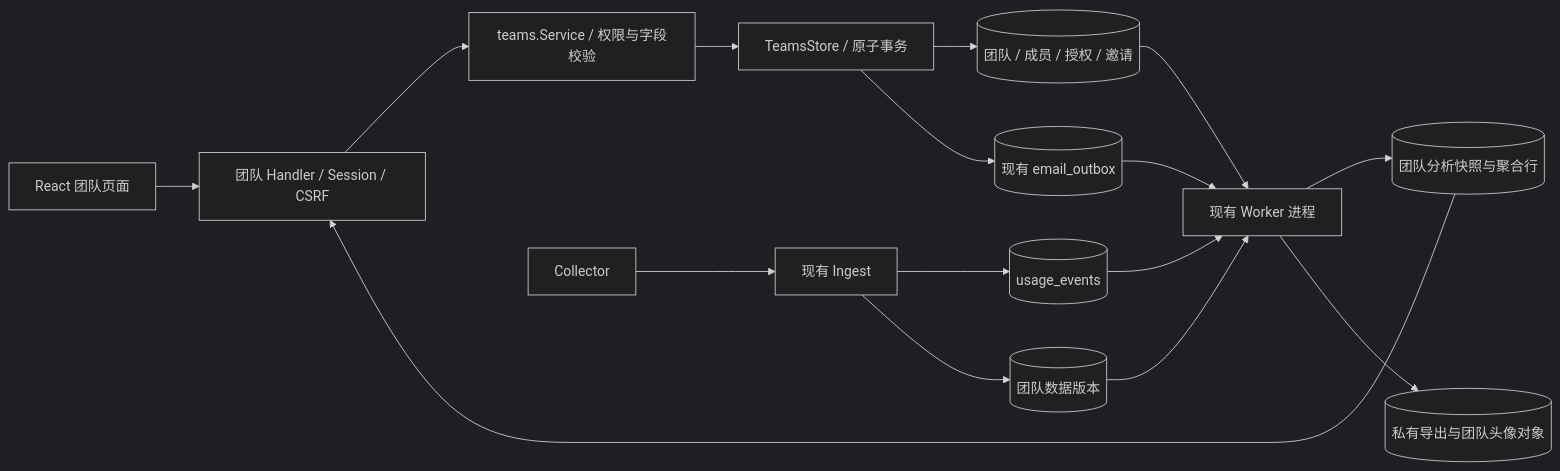
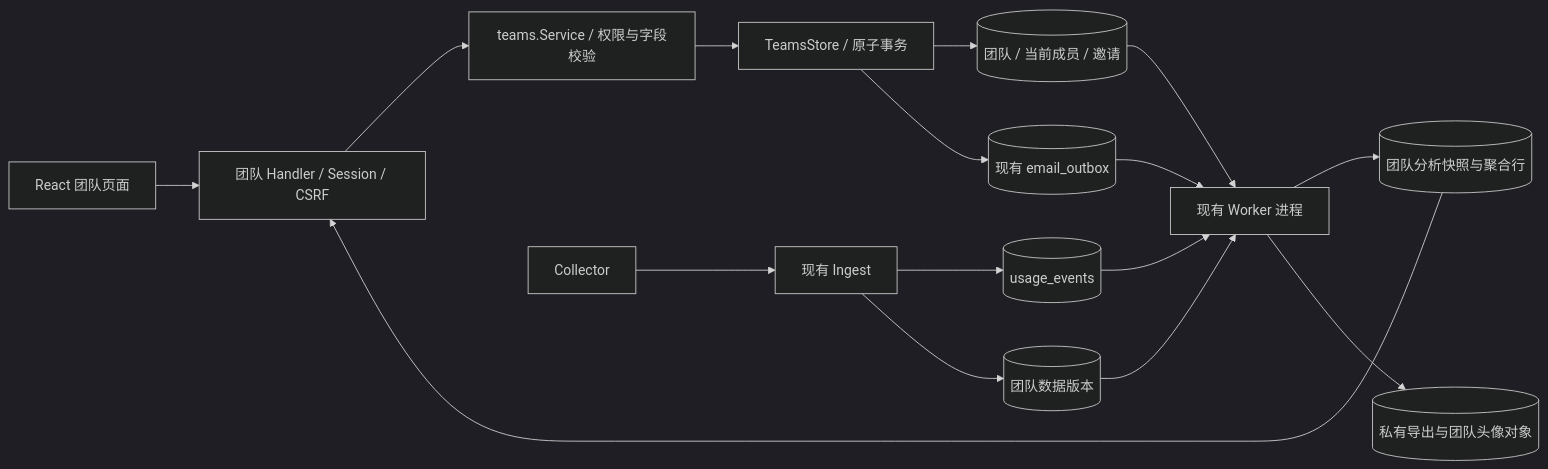
One commit to DarrenHoo-10/token_dance changed the diagram in docs/tokendance-teams-technical-design-v1.md. Above: the diagram before and after it, drawn with Mermaid (dark theme). The commit also changed other lines of this file and 68 other files, not shown here.

````diff
--- a/docs/tokendance-teams-technical-design-v1.md
+++ b/docs/tokendance-teams-technical-design-v1.md
@@ -46,18 +46,18 @@
 ```mermaid
 flowchart LR
     Web[React 团队页面] --> HTTP[团队 Handler / Session / CSRF]
     HTTP --> Service[teams.Service / 权限与字段校验]
     Service --> Store[TeamsStore / 原子事务]
-    Store --> Core[(团队 / 成员 / 授权 / 邀请)]
+    Store --> Core[(团队 / 当前成员 / 邀请)]
     Store --> Mail[(现有 email_outbox)]
     Mail --> Worker[现有 Worker 进程]
     Collector[Collector] --> Ingest[现有 Ingest]
     Ingest --> Events[(usage_events)]
     Ingest --> Revision[(团队数据版本)]
     Events --> Worker
     Core --> Worker
     Revision --> Worker
     Worker --> Snapshot[(团队分析快照与聚合行)]
     Snapshot --> HTTP
     Worker --> Objects[(私有导出与团队头像对象)]
 ```
````
